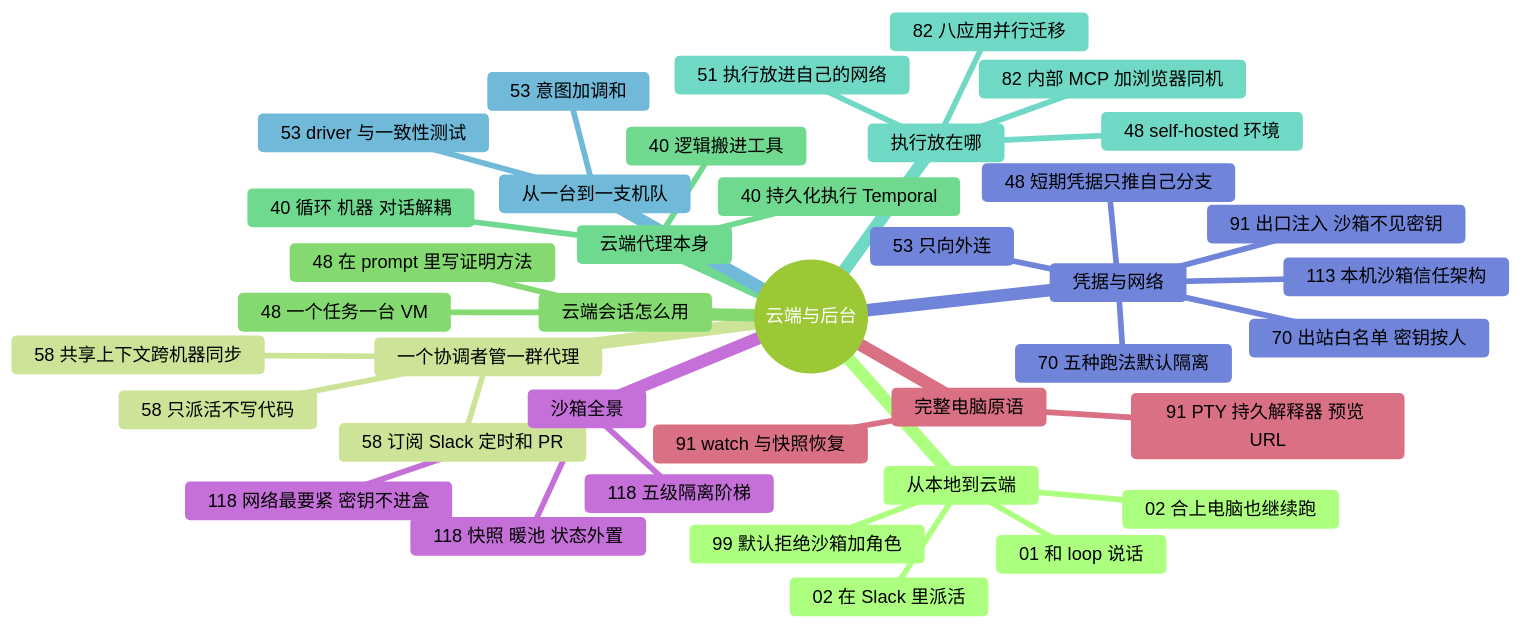
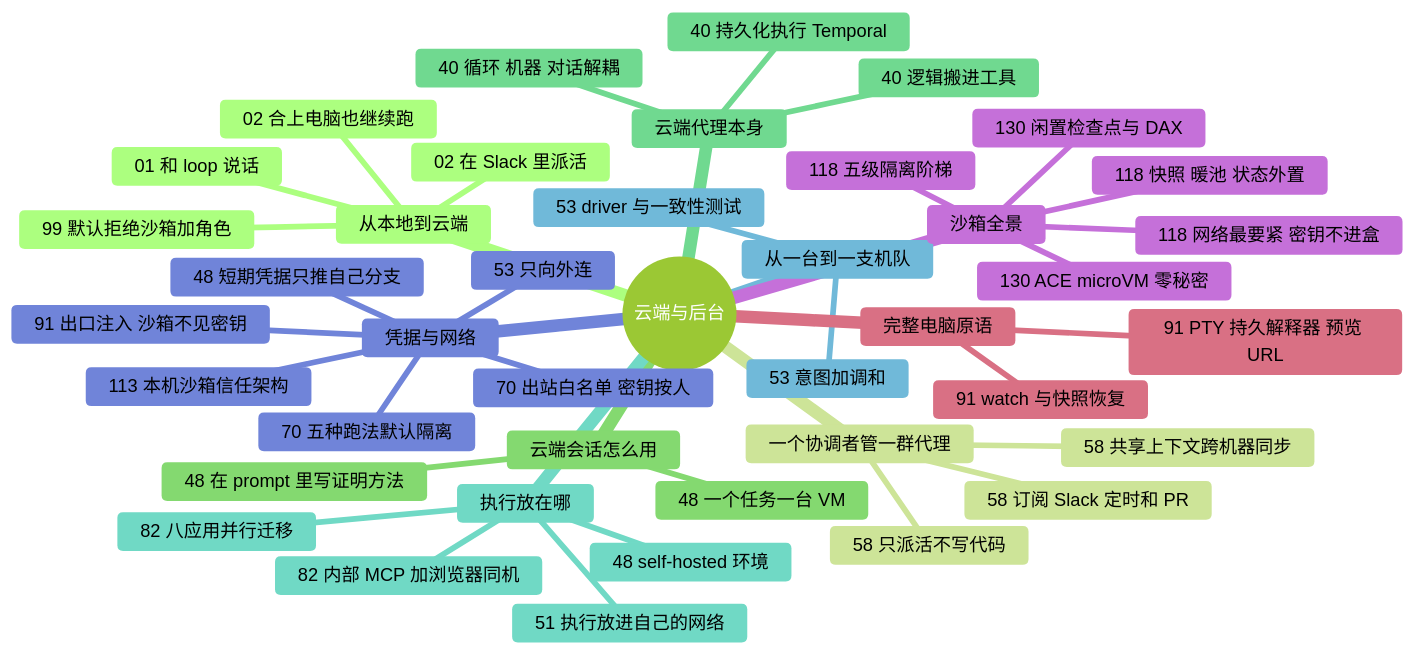
The diagram in docs/guide/cloud.md (yzw7489757/ai-coding-videos), drawn with Mermaid (forest theme) before and after one commit. The commit also changed other lines of this file and 17 other files, not shown here.

````diff
--- a/docs/guide/cloud.md
+++ b/docs/guide/cloud.md
@@ -13,42 +13,44 @@
 ```mermaid
 mindmap
   root((云端与后台))
     从本地到云端
       99 默认拒绝沙箱加角色
       01 和 loop 说话
       02 合上电脑也继续跑
       02 在 Slack 里派活
     一个协调者管一群代理
       58 只派活不写代码
       58 共享上下文跨机器同步
       58 订阅 Slack 定时和 PR
     云端会话怎么用
       48 一个任务一台 VM
       48 在 prompt 里写证明方法
     云端代理本身
       40 持久化执行 Temporal
       40 循环 机器 对话解耦
       40 逻辑搬进工具
     执行放在哪
       51 执行放进自己的网络
       48 self-hosted 环境
       82 内部 MCP 加浏览器同机
       82 八应用并行迁移
     从一台到一支机队
       53 意图加调和
       53 driver 与一致性测试
     凭据与网络
       48 短期凭据只推自己分支
       53 只向外连
       70 出站白名单 密钥按人
       70 五种跑法默认隔离
       91 出口注入 沙箱不见密钥
       113 本机沙箱信任架构
     沙箱全景
+      130 ACE microVM 零秘密
+      130 闲置检查点与 DAX
       118 五级隔离阶梯
       118 快照 暖池 状态外置
       118 网络最要紧 密钥不进盒
     完整电脑原语
       91 PTY 持久解释器 预览 URL
       91 watch 与快照恢复
 ```
````
